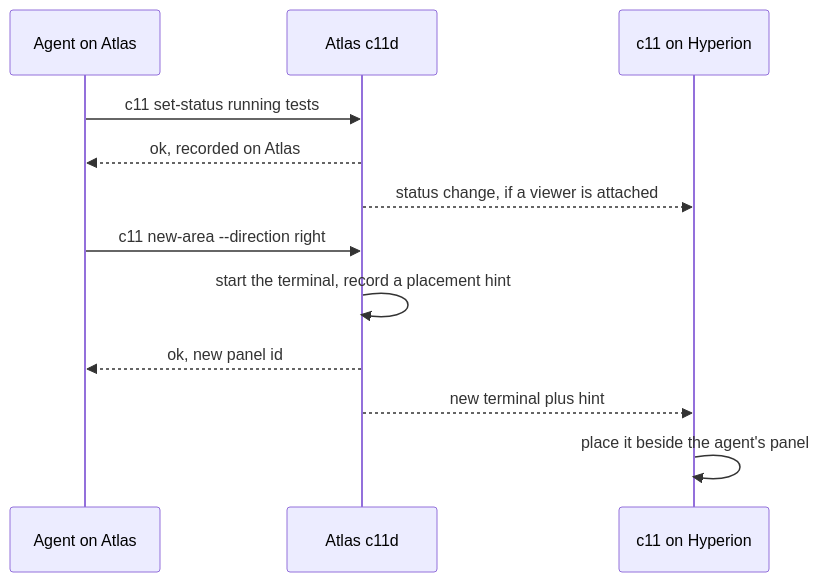
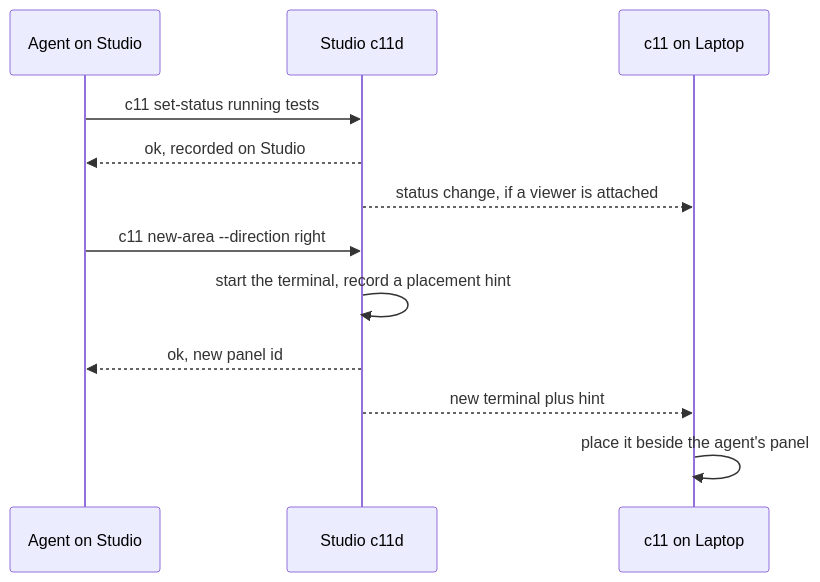
One commit to Stage-11-Agentics/c11 changed the seventh of 7 diagrams in docs/c11v-design.md. Above: the diagram before and after it, drawn with Mermaid. The commit also changed other lines of this file and 1248 other files, not shown here.

````diff
--- a/docs/c11v-design.md
+++ b/docs/c11v-design.md
@@ -213,14 +213,14 @@
 ```mermaid
 sequenceDiagram
-  participant A as Agent on Atlas
-  participant D as Atlas c11d
-  participant V as c11 on Hyperion
+  participant A as Agent on Studio
+  participant D as Studio c11d
+  participant V as c11 on Laptop
   A->>D: c11 set-status running tests
-  D-->>A: ok, recorded on Atlas
+  D-->>A: ok, recorded on Studio
   D-->>V: status change, if a viewer is attached
   A->>D: c11 new-area --direction right
   D->>D: start the terminal, record a placement hint
   D-->>A: ok, new panel id
   D-->>V: new terminal plus hint
   V->>V: place it beside the agent's panel
 ```
````
